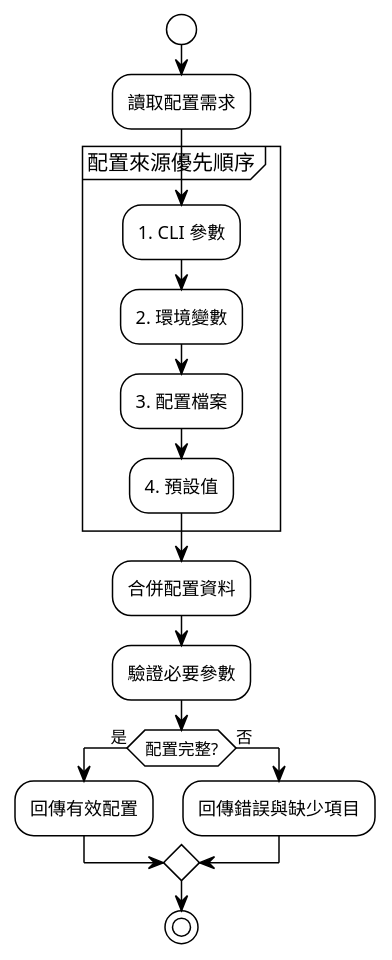
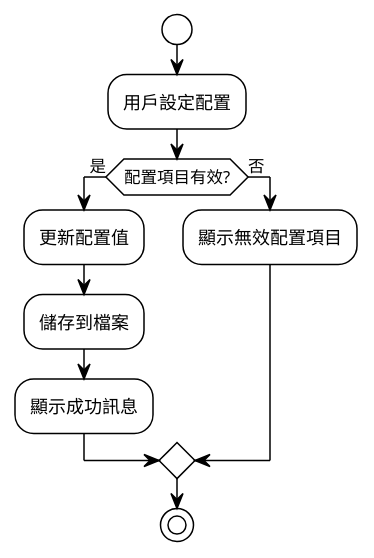
Before and after one commit to FATESAIKOU/CloudStorageSyncer: the second of 2 diagrams in .prompt/02.Issue/02.AddSimpleFileUpload/01.BasicDesign/01.ProcessFlow.md, drawn with PlantUML. The commit also changed other lines of this file and 2 other files, not shown here.

````diff
--- a/.prompt/02.Issue/02.AddSimpleFileUpload/01.BasicDesign/01.ProcessFlow.md
+++ b/.prompt/02.Issue/02.AddSimpleFileUpload/01.BasicDesign/01.ProcessFlow.md
@@ -210,26 +33,18 @@
 ```plantuml
 @startuml
 !theme plain
 
 start
-:讀取配置需求;
+:用戶設定配置;
 
-partition "配置來源優先順序" {
-  :1. CLI 參數;
-  :2. 環境變數;
-  :3. 配置檔案;
-  :4. 預設值;
-}
-
-:合併配置資料;
-:驗證必要參數;
-
-if (配置完整?) then (是)
-  :回傳有效配置;
+if (配置項目有效?) then (是)
+  :更新配置值;
+  :儲存到檔案;
+  :顯示成功訊息;
 else (否)
-  :回傳錯誤與缺少項目;
+  :顯示無效配置項目;
 endif
 
 stop
 @enduml
 ```
````
